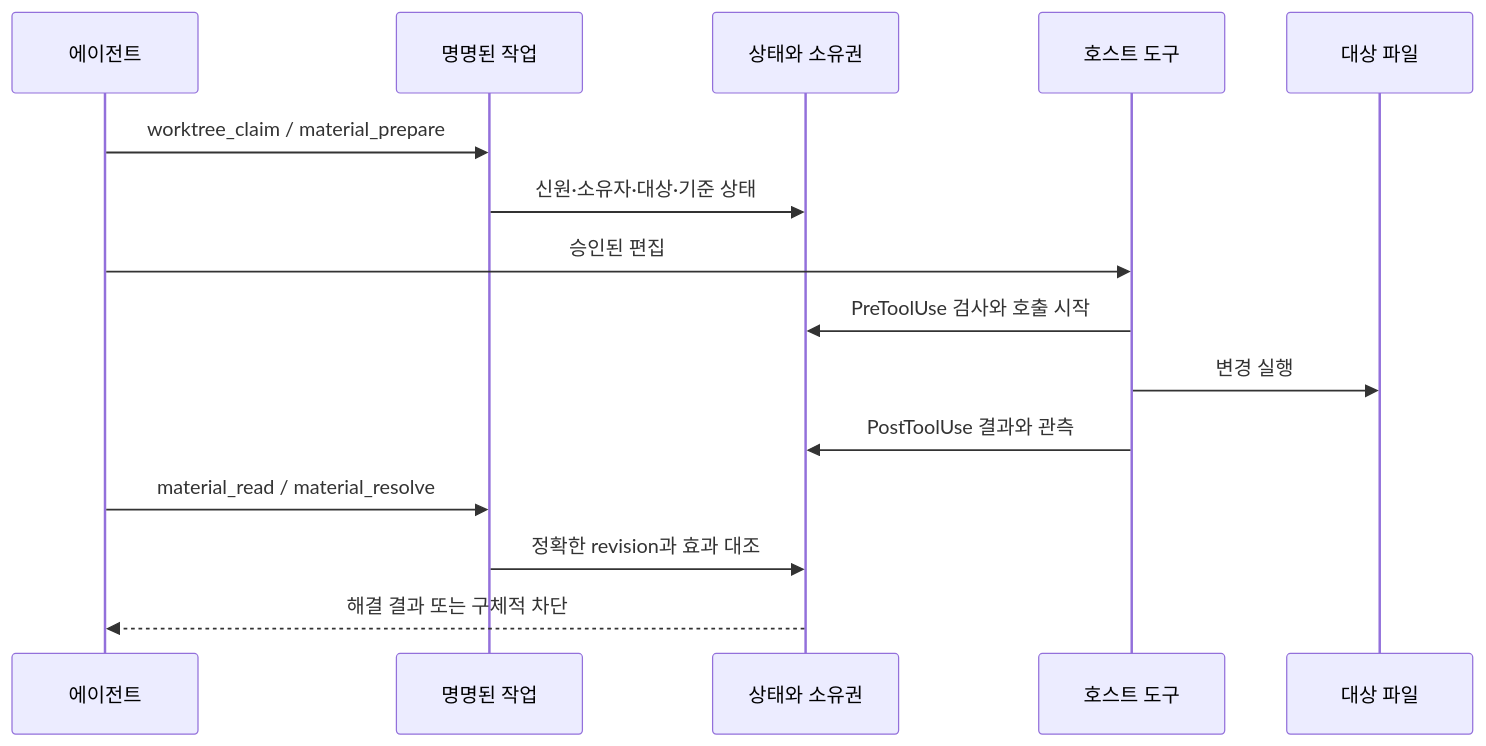
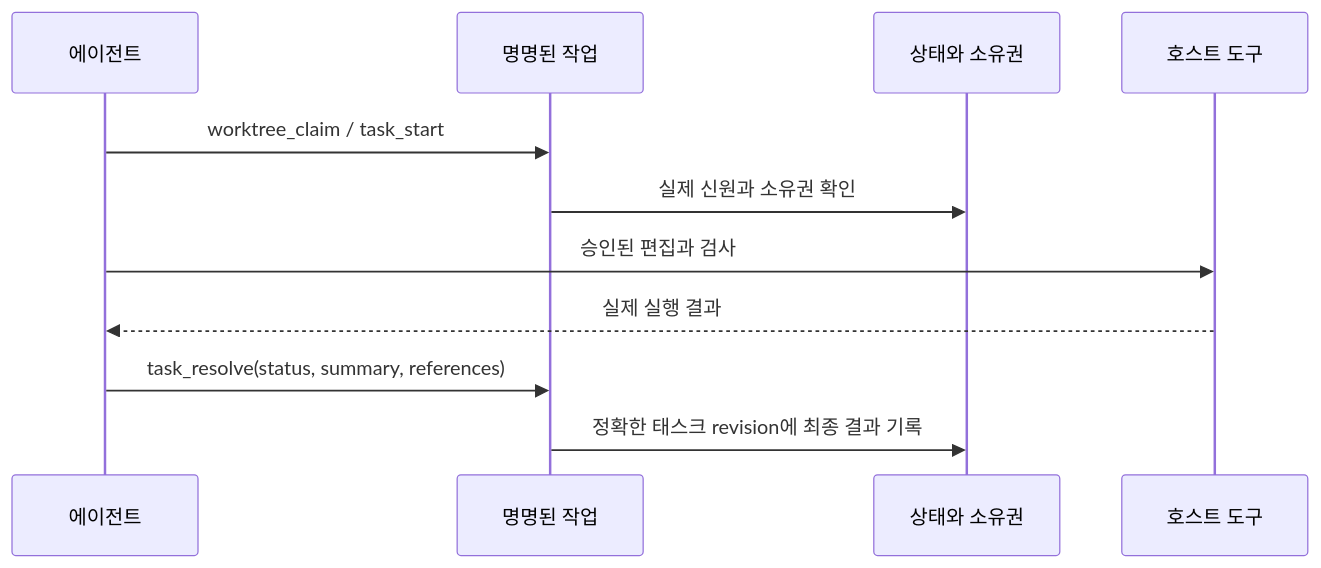
One commit to E5presso/neurath changed the second of 7 diagrams in docs/ko/contributing/runtime-lifecycle.md. Above: the diagram before and after it, drawn with Mermaid. The commit also changed other lines of this file and 7 other files, not shown here.

````diff
--- a/docs/ko/contributing/runtime-lifecycle.md
+++ b/docs/ko/contributing/runtime-lifecycle.md
@@ -44,17 +44,13 @@
 ```mermaid
 sequenceDiagram
     participant E as 에이전트
     participant T as 명명된 작업
     participant K as 상태와 소유권
     participant H as 호스트 도구
-    participant F as 대상 파일
-    E->>T: worktree_claim / material_prepare
-    T->>K: 신원·소유자·대상·기준 상태
-    E->>H: 승인된 편집
-    H->>K: PreToolUse 검사와 호출 시작
-    H->>F: 변경 실행
-    H->>K: PostToolUse 결과와 관측
-    E->>T: material_read / material_resolve
-    T->>K: 정확한 revision과 효과 대조
-    K-->>E: 해결 결과 또는 구체적 차단
+    E->>T: worktree_claim / task_start
+    T->>K: 실제 신원과 소유권 확인
+    E->>H: 승인된 편집과 검사
+    H-->>E: 실제 실행 결과
+    E->>T: task_resolve(status, summary, references)
+    T->>K: 정확한 태스크 revision에 최종 결과 기록
 ```
````
